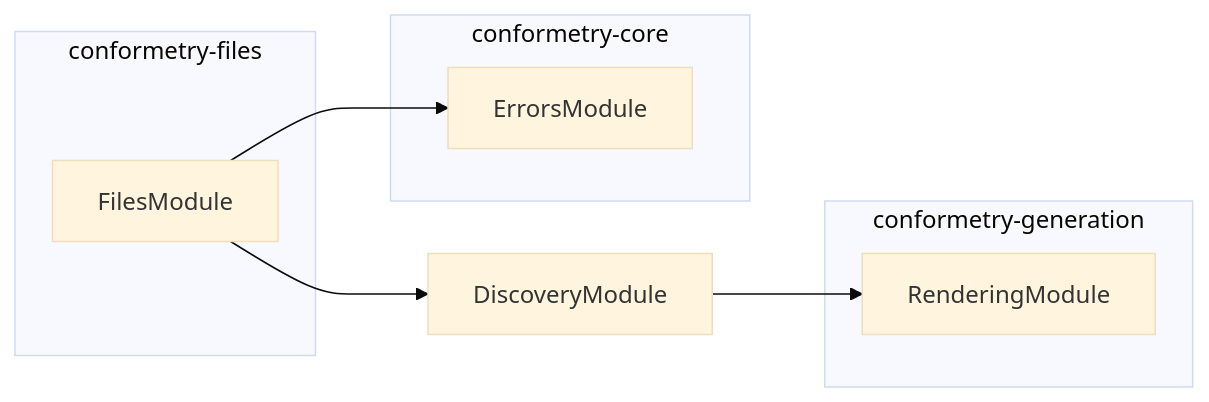
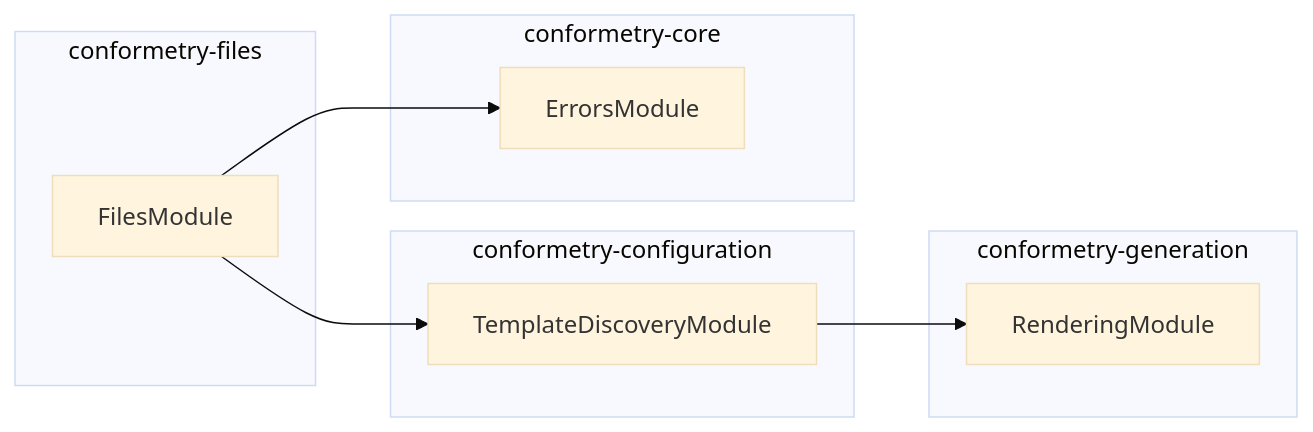
Before and after one commit to JimmyPaolini/codebase: the diagram in packages/conformetry-files/AGENTS.md, drawn with Mermaid (base theme). The commit also changed 59 other files, not shown here.

Commit message:
fix(conformetry): 🐛 disambiguate module names so both graphs agree

````diff
--- a/packages/conformetry-files/AGENTS.md
+++ b/packages/conformetry-files/AGENTS.md
@@ -57,16 +57,18 @@
 ```mermaid
 flowchart LR
   subgraph group0["conformetry-files"]
     FilesModule
   end
-  subgraph group1["conformetry-core"]
+  subgraph group1["conformetry-configuration"]
+    TemplateDiscoveryModule
+  end
+  subgraph group2["conformetry-core"]
     ErrorsModule
   end
-  subgraph group2["conformetry-generation"]
+  subgraph group3["conformetry-generation"]
     RenderingModule
   end
-  DiscoveryModule
-  DiscoveryModule --> RenderingModule
-  FilesModule --> DiscoveryModule
   FilesModule --> ErrorsModule
+  FilesModule --> TemplateDiscoveryModule
+  TemplateDiscoveryModule --> RenderingModule
 ```
````
